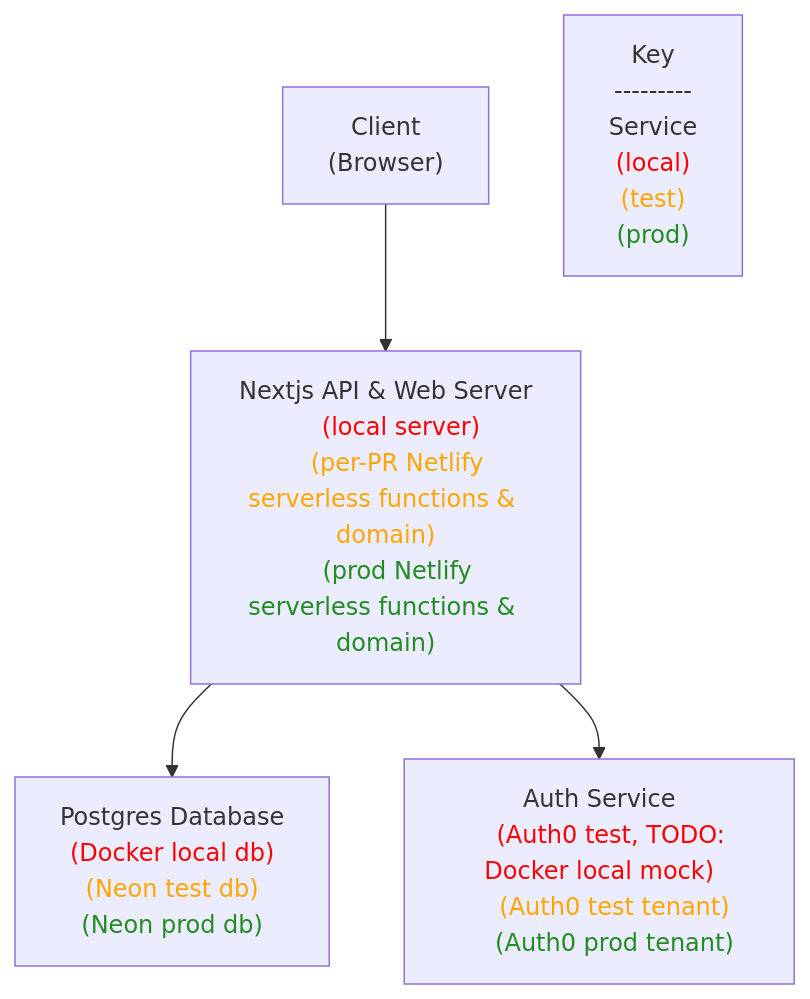
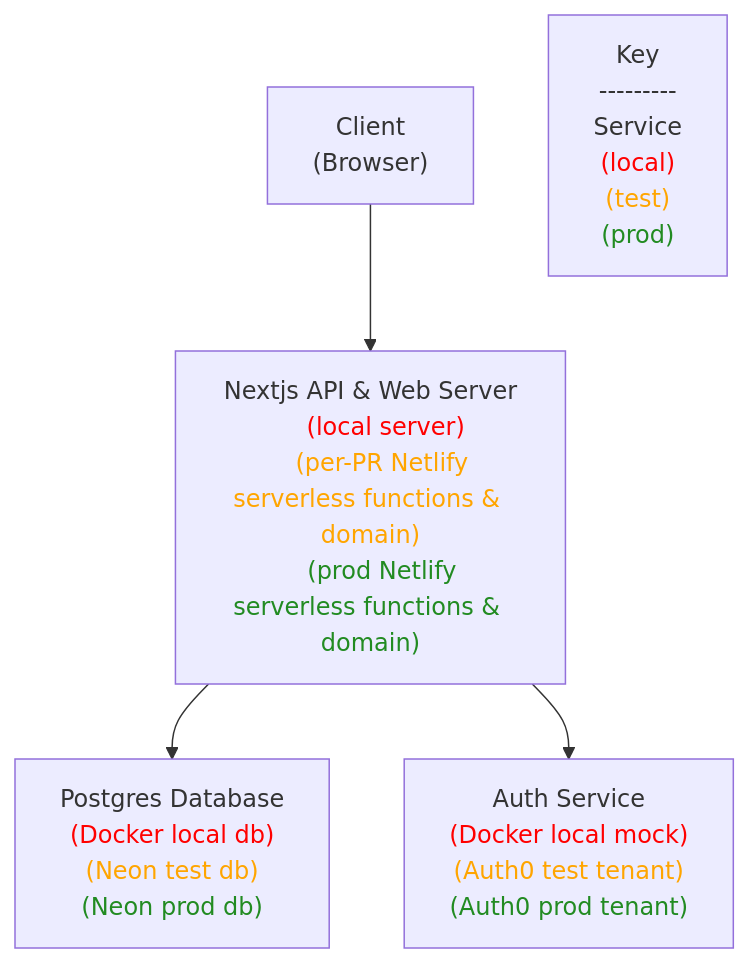
Before and after one commit to amelioro/ameliorate: the diagram in docs/architecture-by-env.md, drawn with Mermaid. The commit also changed 10 other files, not shown here.

Commit message:
chore: set up mock-auth server for local dev

````diff
--- a/docs/architecture-by-env.md
+++ b/docs/architecture-by-env.md
@@ -5,37 +5,37 @@
 ```mermaid
 flowchart TD
   Client --> Server
   Server --> Database
   Server --> Auth
 
   Client["
     Client
     (Browser)
   "]
   Server["
     Nextjs API & Web Server
     <font color=red>(local server)</font>
     <font color=orange>(per-PR Netlify serverless functions & domain)</font>
     <font color=forestgreen>(prod Netlify serverless functions & domain)</font>
   "]
   Database["
     Postgres Database
     <font color=red>(Docker local db)</font>
     <font color=orange>(Neon test db)</font>
     <font color=forestgreen>(Neon prod db)</font>
   "]
   Auth["
     Auth Service
-    <font color=red>(Auth0 test, TODO: Docker local mock)</font>
+    <font color=red>(Docker local mock)</font>
     <font color=orange>(Auth0 test tenant)</font>
     <font color=forestgreen>(Auth0 prod tenant)</font>
   "]
   Key["
     Key
     ---------
     Service
     <font color=red>(local)</font>
     <font color=orange>(test)</font>
     <font color=forestgreen>(prod)</font>
   "]
 ```
````
